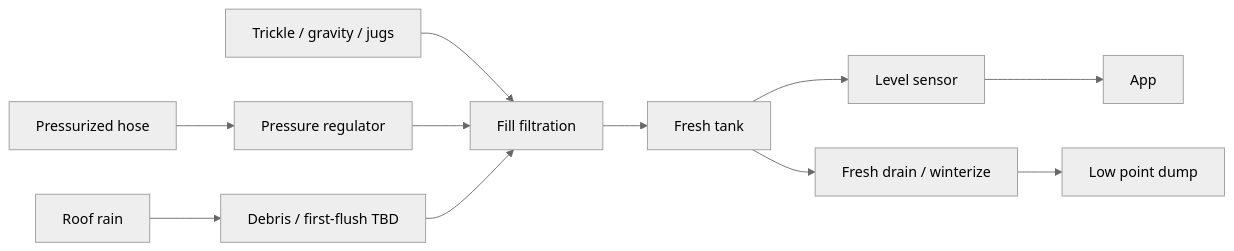
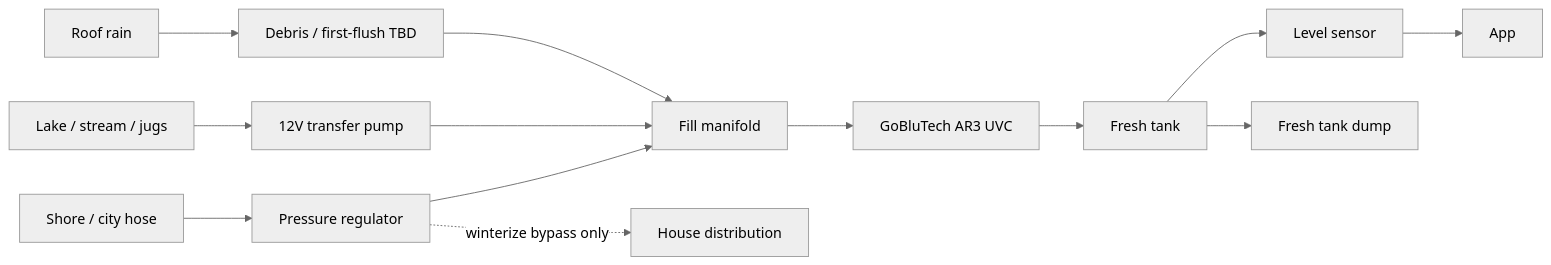
The first of 2 diagrams in docs/02-architecture/water.md (ehoogerbeets/vango), drawn with Mermaid (neutral theme) before and after one commit. The commit also changed other lines of this file and 29 other files, not shown here.

````diff
--- a/docs/02-architecture/water.md
+++ b/docs/02-architecture/water.md
@@ -59,13 +61,15 @@
 ```mermaid
 flowchart LR
-  press[Pressurized hose] --> reg[Pressure regulator]
-  trickle[Trickle / gravity / jugs] --> fill[Fill filtration]
+  press[Shore / city hose] --> reg[Pressure regulator]
+  draft[Lake / stream / jugs] --> aux[12V transfer pump]
   rain[Roof rain] --> debris[Debris / first-flush TBD]
-  reg --> fill
-  debris --> fill
-  fill --> tank[Fresh tank]
+  reg --> manifold[Fill manifold]
+  aux --> manifold
+  debris --> manifold
+  manifold --> ar3[GoBluTech AR3 UVC]
+  ar3 --> tank[Fresh tank]
   tank --> sensor[Level sensor]
   sensor --> app[App]
-  tank --> drain[Fresh drain / winterize]
-  drain --> dump[Low point dump]
+  tank --> drain[Fresh tank dump]
+  reg -.->|winterize bypass only| dist[House distribution]
 ```
````
